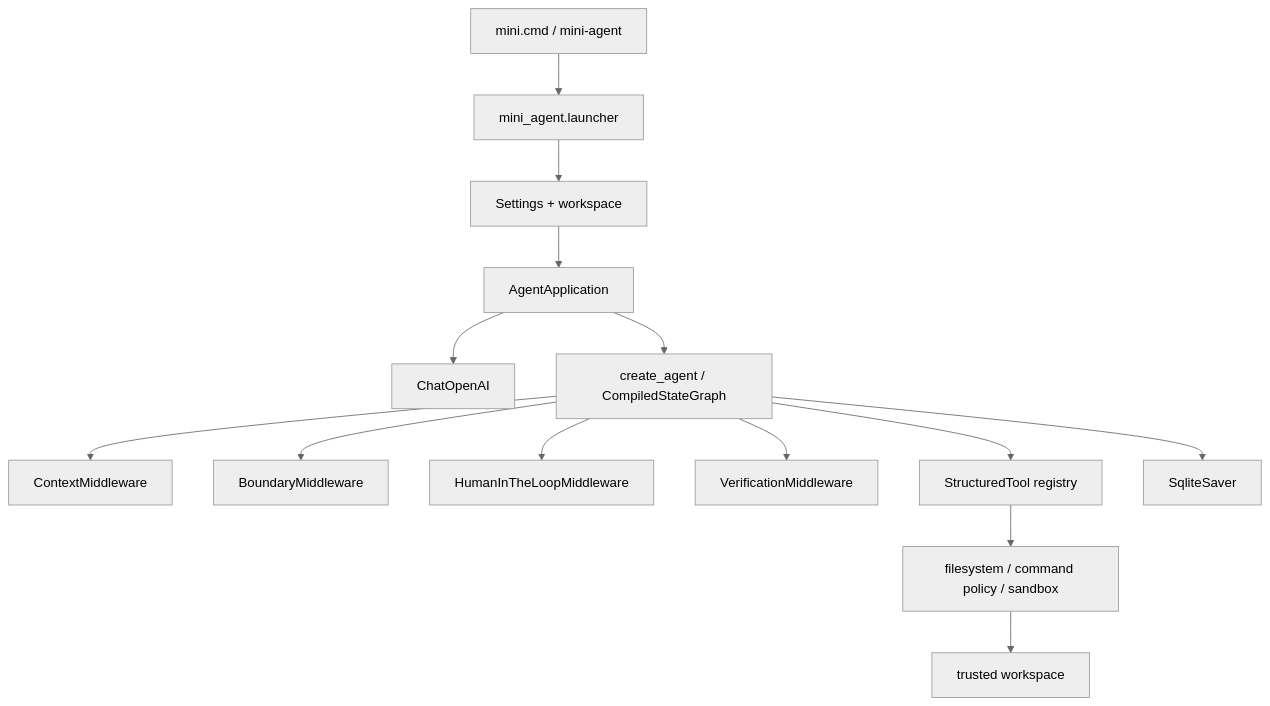
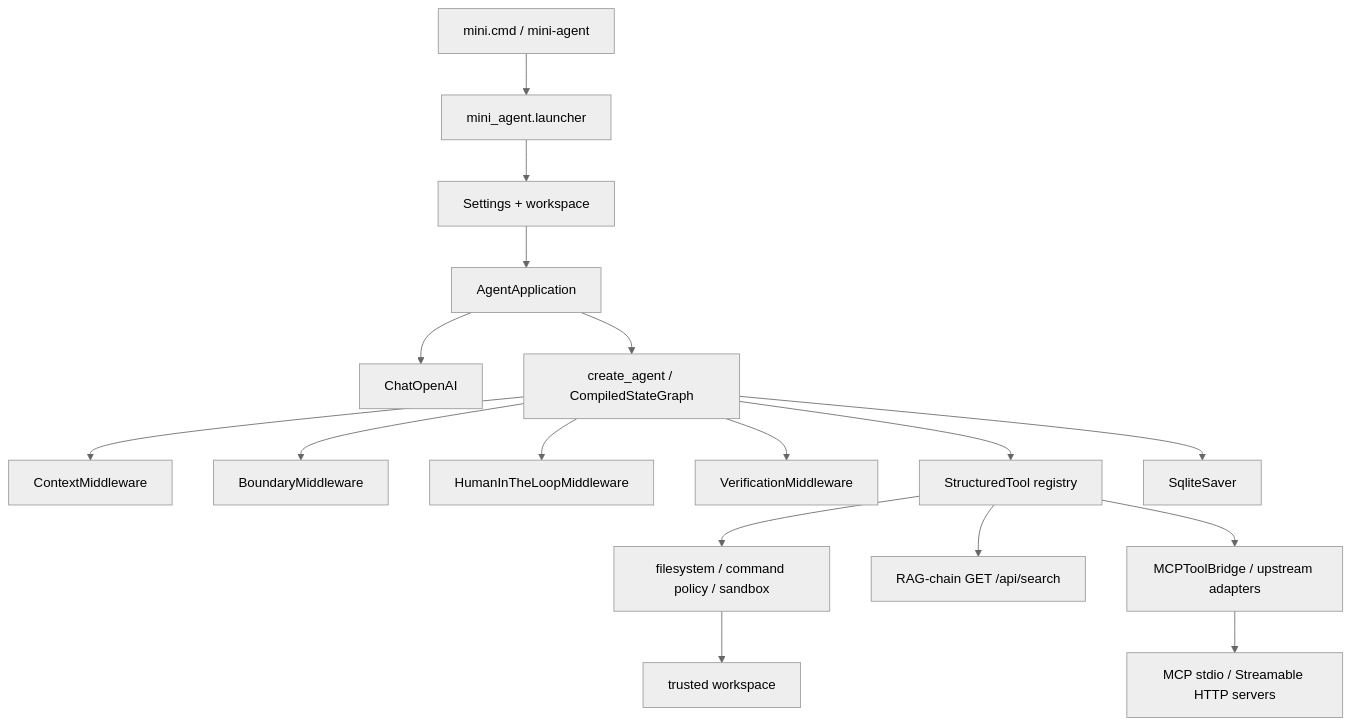
Before and after one commit to GimMoliyadi/mini-agent: the diagram in docs/architecture.md, drawn with Mermaid (neutral theme). The commit also changed other lines of this file and 32 other files, not shown here.

Commit message:
fix: validate MCP and RAG coding workflows

````diff
--- a/docs/architecture.md
+++ b/docs/architecture.md
@@ -24,16 +25,19 @@
 ```mermaid
 flowchart TD
     CLI[mini.cmd / mini-agent] --> L[mini_agent.launcher]
     L --> S[Settings + workspace]
     S --> A[AgentApplication]
     A --> C[ChatOpenAI]
     A --> G[create_agent / CompiledStateGraph]
     G --> M[ContextMiddleware]
     G --> B[BoundaryMiddleware]
     G --> H[HumanInTheLoopMiddleware]
     G --> V[VerificationMiddleware]
     G --> T[StructuredTool registry]
     T --> P[filesystem / command policy / sandbox]
+    T --> R[RAG-chain GET /api/search]
+    T --> MC[MCPToolBridge / upstream adapters]
+    MC --> MS[MCP stdio / Streamable HTTP servers]
     P --> W[trusted workspace]
     G --> DB[SqliteSaver]
 ```
````
